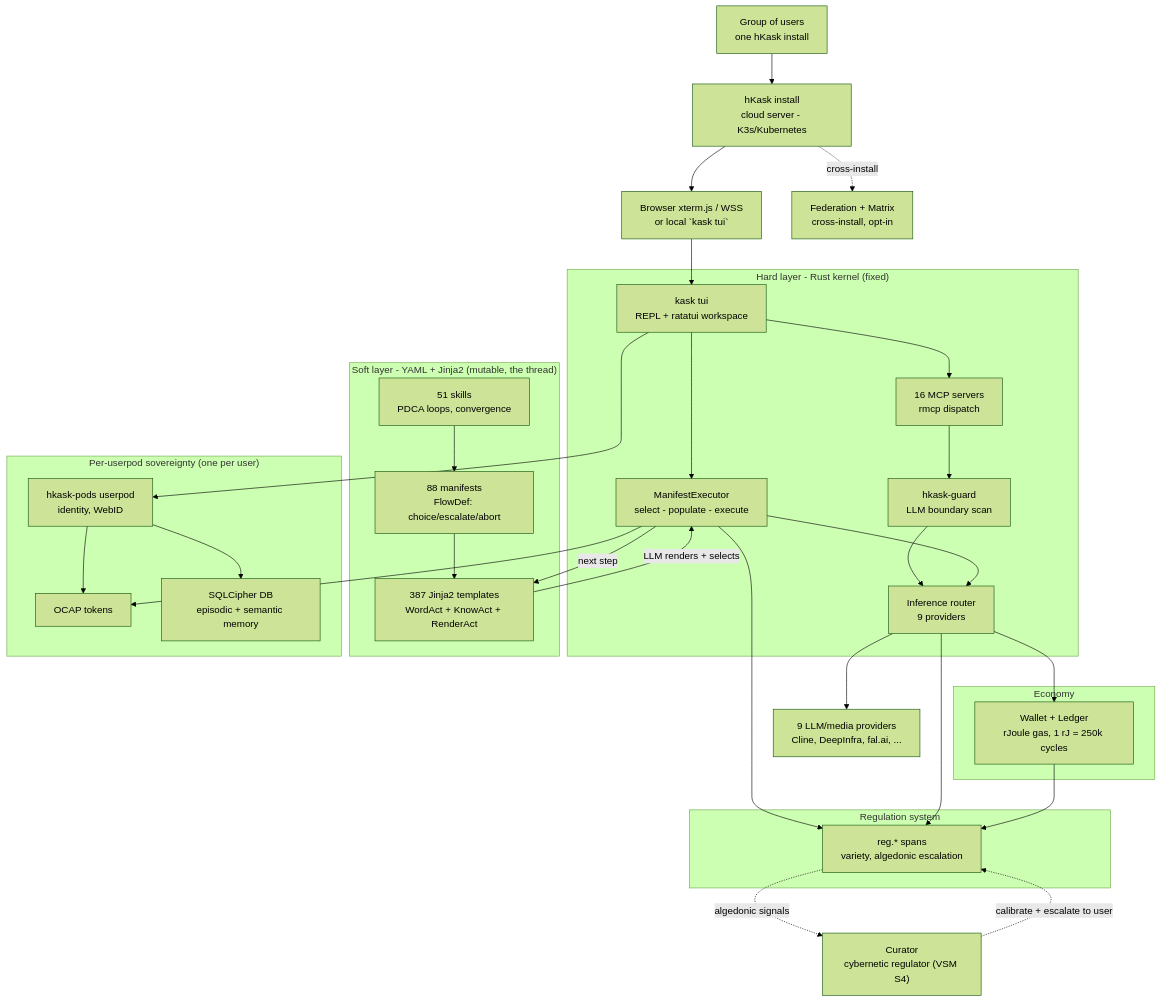
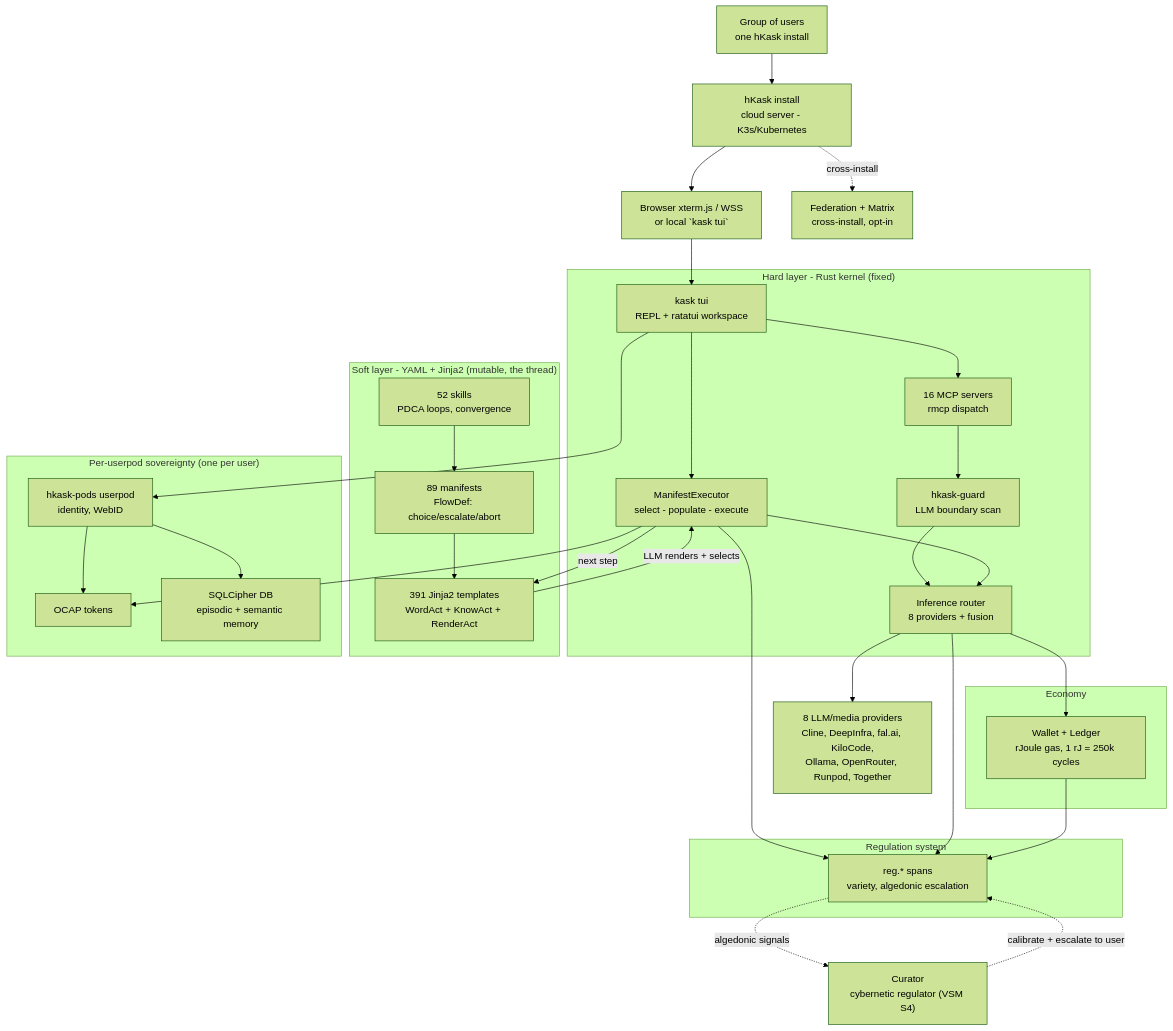
The diagram in README.md (mdz-axo/hKask), drawn with Mermaid (forest theme) before and after one commit. The commit also changed other lines of this file and 3 other files, not shown here.

First line of the commit message:
Update architecture docs and sync counts

````diff
--- a/README.md
+++ b/README.md
@@ -66,67 +66,67 @@
 ```mermaid
 flowchart TD
     Group["Group of users<br/>one hKask install"]
     Install["hKask install<br/>cloud server - K3s/Kubernetes"]
     Surface["Browser xterm.js / WSS<br/>or local `kask tui`"]
 
     Group --> Install
     Install --> Surface
 
     subgraph Hard["Hard layer - Rust kernel (fixed)"]
         Tui["kask tui<br/>REPL + ratatui workspace"]
         Executor["ManifestExecutor<br/>select - populate - execute"]
         Mcp["16 MCP servers<br/>rmcp dispatch"]
         Guard["hkask-guard<br/>LLM boundary scan"]
-        Router["Inference router<br/>9 providers"]
+        Router["Inference router<br/>8 providers + fusion"]
     end
 
     subgraph Soft["Soft layer - YAML + Jinja2 (mutable, the thread)"]
-        Manifests["88 manifests<br/>FlowDef: choice/escalate/abort"]
-        Templates["387 Jinja2 templates<br/>WordAct + KnowAct + RenderAct"]
-        Skills["51 skills<br/>PDCA loops, convergence"]
+        Manifests["89 manifests<br/>FlowDef: choice/escalate/abort"]
+        Templates["391 Jinja2 templates<br/>WordAct + KnowAct + RenderAct"]
+        Skills["52 skills<br/>PDCA loops, convergence"]
     end
 
     Surface --> Tui
     Tui --> Executor
     Skills --> Manifests
     Manifests --> Templates
     Templates -->|"LLM renders + selects"| Executor
     Executor -->|"next step"| Templates
     Tui --> Mcp
     Mcp --> Guard
     Guard --> Router
     Executor --> Router
-    Router --> Providers["9 LLM/media providers<br/>Cline, DeepInfra, fal.ai, ..."]
+    Router --> Providers["8 LLM/media providers<br/>Cline, DeepInfra, fal.ai, KiloCode,<br/>Ollama, OpenRouter, Runpod, Together"]
 
     subgraph PerUser["Per-userpod sovereignty (one per user)"]
         Pod["hkask-pods userpod<br/>identity, WebID"]
         Ocap["OCAP tokens"]
         Storage["SQLCipher DB<br/>episodic + semantic memory"]
     end
 
     Tui --> Pod
     Pod --> Storage
     Executor --> Ocap
     Pod --> Ocap
 
     subgraph RegSys["Regulation system"]
         Regulation["reg.* spans<br/>variety, algedonic escalation"]
     end
 
     Executor --> Regulation
     Router --> Regulation
 
     subgraph Economy["Economy"]
         Wallet["Wallet + Ledger<br/>rJoule gas, 1 rJ = 250k cycles"]
     end
 
     Router --> Wallet
     Wallet --> Regulation
 
     Federation["Federation + Matrix<br/>cross-install, opt-in"]
     Install -. cross-install .-> Federation
 
     Curator["Curator<br/>cybernetic regulator (VSM S4)"]
     Regulation -. algedonic signals .-> Curator
     Curator -. calibrate + escalate to user .-> Regulation
 ```
````
